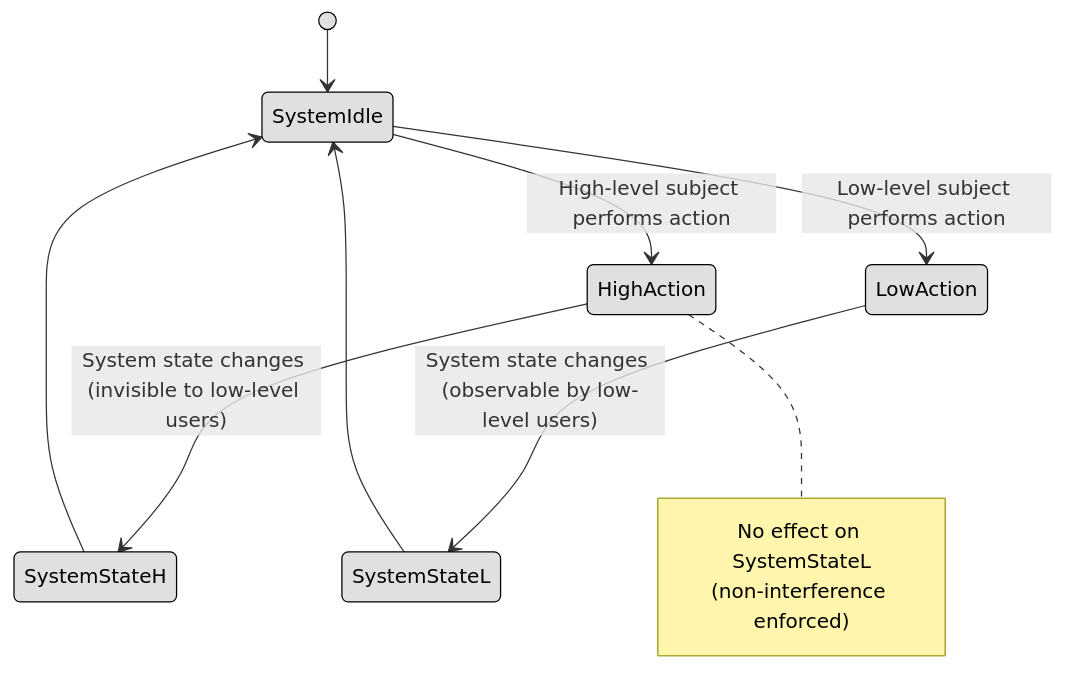
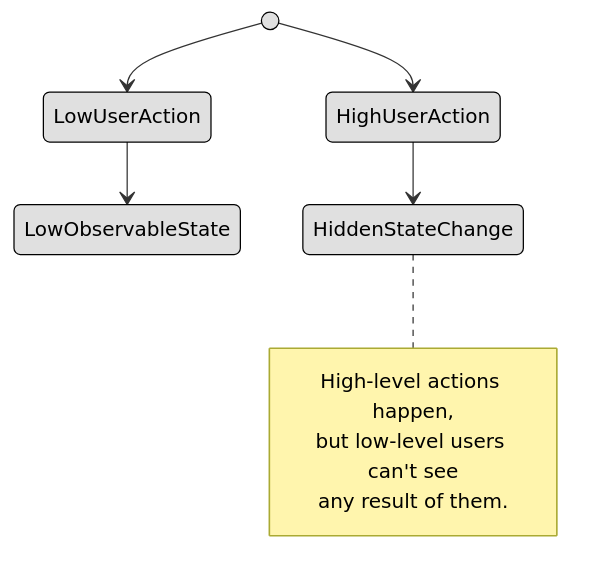
Before and after one commit to lorenzoleonelli/CISSP-Zero-to-Hero: the fourth of 4 diagrams in DOMAIN3: Security Architecture and Engineering/3.02 Understand the fundamental concepts of security models (e.g. Biba, STar Model, Bell Lapadula).md, drawn with Mermaid.

Commit message:
Update 3.02 Understand the fundamental concepts of security models (e.g. Biba, STar Model, Bell Lapadula).md

````diff
--- a/DOMAIN3: Security Architecture and Engineering/3.02 Understand the fundamental concepts of security models (e.g. Biba, STar Model, Bell Lapadula).md
+++ b/DOMAIN3: Security Architecture and Engineering/3.02 Understand the fundamental concepts of security models (e.g. Biba, STar Model, Bell Lapadula).md
@@ -108,19 +108,17 @@
 ```mermaid
 stateDiagram-v2
-    [*] --> SystemIdle
-    SystemIdle --> HighAction: High-level subject performs action
-    HighAction --> SystemStateH: System state changes (invisible to low-level users)
-    SystemStateH --> SystemIdle
+    [*] --> LowUserAction
+    LowUserAction --> LowObservableState
 
-    SystemIdle --> LowAction: Low-level subject performs action
-    LowAction --> SystemStateL: System state changes (observable by low-level users)
-    SystemStateL --> SystemIdle
+    [*] --> HighUserAction
+    HighUserAction --> HiddenStateChange
 
-    note right of HighAction
-      No effect on SystemStateL
-      (non-interference enforced)
+    note right of HiddenStateChange
+      High-level actions happen,
+      but low-level users can't see
+      any result of them.
     end note
 
     classDef center fill:#ffffff,color:#000000,stroke:#000000,stroke-width:1px,font-weight:bold
     classDef node fill:#e0e0e0,color:#000000,stroke:#000000,stroke-width:1px
 ```
````
